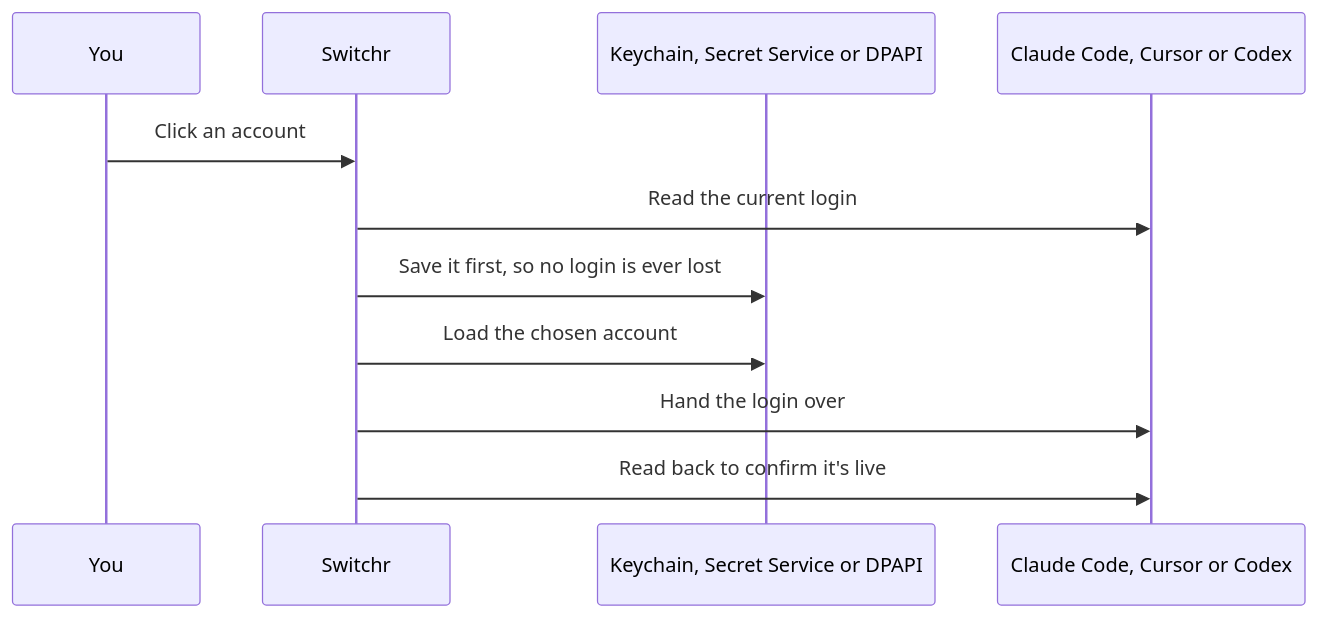
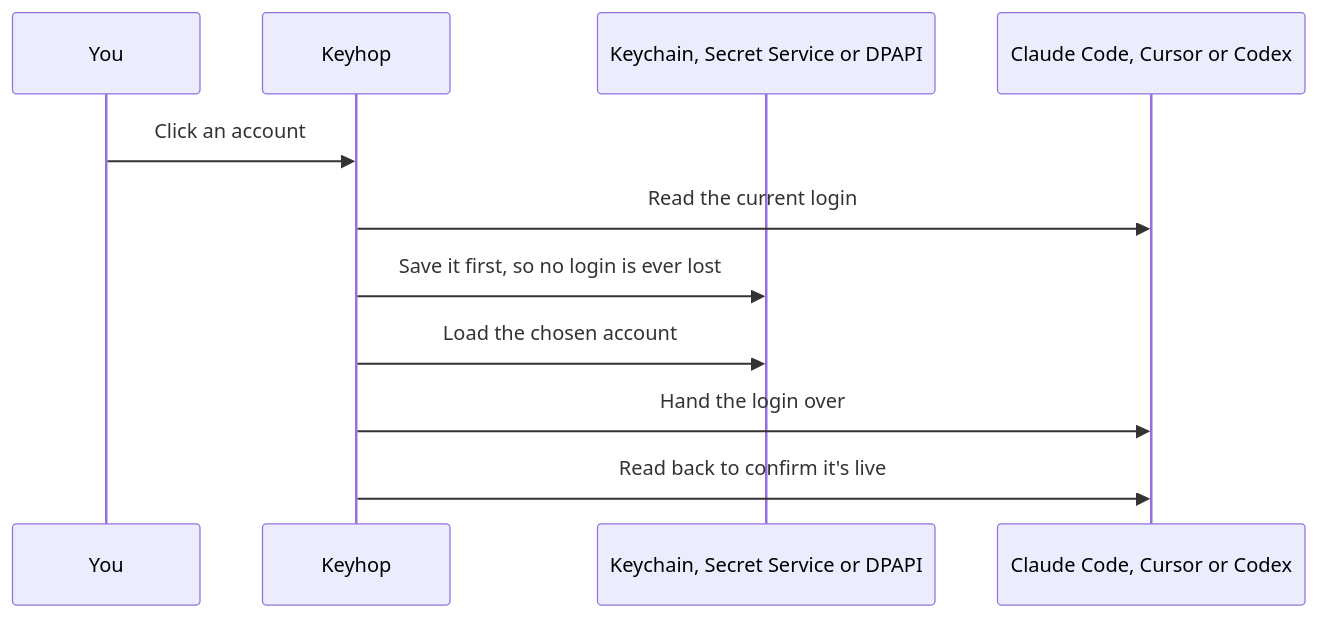
Before and after one commit to dominikzabcik/keyhop: the diagram in README.md, drawn with Mermaid. The commit also changed other lines of this file and 177 other files, not shown here.

First line of the commit message:
Rename Switchr to Keyhop

````diff
--- a/README.md
+++ b/README.md
@@ -143,13 +143,13 @@
 ```mermaid
 sequenceDiagram
     participant You
-    participant Switchr
+    participant Keyhop
     participant Store as Keychain, Secret Service or DPAPI
     participant Tool as Claude Code, Cursor or Codex
-    You->>Switchr: Click an account
-    Switchr->>Tool: Read the current login
-    Switchr->>Store: Save it first, so no login is ever lost
-    Switchr->>Store: Load the chosen account
-    Switchr->>Tool: Hand the login over
-    Switchr->>Tool: Read back to confirm it's live
+    You->>Keyhop: Click an account
+    Keyhop->>Tool: Read the current login
+    Keyhop->>Store: Save it first, so no login is ever lost
+    Keyhop->>Store: Load the chosen account
+    Keyhop->>Tool: Hand the login over
+    Keyhop->>Tool: Read back to confirm it's live
 ```
````
